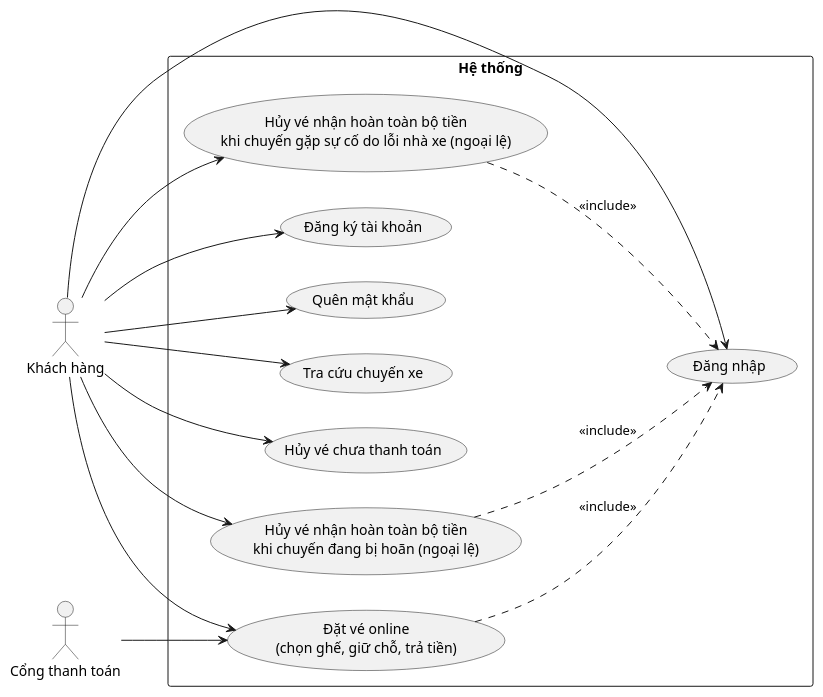
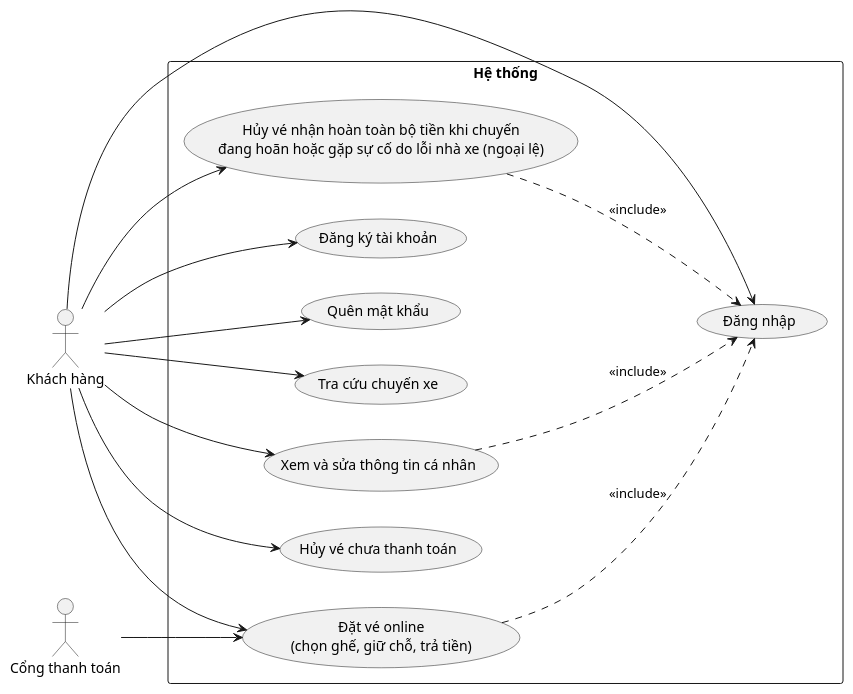
One commit to nguyenvietanhit19/Project1_HeThongQuanLyNhaXeKhachLienTinh changed the first of 53 diagrams in UML_DIAGRAMS.md. Above: the diagram before and after it, drawn with PlantUML. The commit also changed other lines of this file and 316 other files, not shown here.

````diff
--- a/UML_DIAGRAMS.md
+++ b/UML_DIAGRAMS.md
@@ -18,33 +19,33 @@
 ```plantuml
 @startuml UseCase_KhachHang
 left to right direction
 actor "Khách hàng" as KH
 actor "Cổng thanh toán" as CTT
 
 rectangle "Hệ thống" {
   usecase "Đăng ký tài khoản" as UC01
   usecase "Đăng nhập" as UC02
   usecase "Quên mật khẩu" as UC03
   usecase "Tra cứu chuyến xe" as UC04
+  usecase "Xem và sửa thông tin cá nhân" as UC53
   usecase "Đặt vé online\n(chọn ghế, giữ chỗ, trả tiền)" as UC05
   usecase "Hủy vé chưa thanh toán" as UC08
-  usecase "Hủy vé nhận hoàn toàn bộ tiền\nkhi chuyến đang bị hoãn (ngoại lệ)" as UC41
-  usecase "Hủy vé nhận hoàn toàn bộ tiền\nkhi chuyến gặp sự cố do lỗi nhà xe (ngoại lệ)" as UC42
+  usecase "Hủy vé nhận hoàn toàn bộ tiền khi chuyến\nđang hoãn hoặc gặp sự cố do lỗi nhà xe (ngoại lệ)" as UC41
 }
 
 KH --> UC01
 KH --> UC02
 KH --> UC03
 KH --> UC04
+KH --> UC53
 KH --> UC05
 KH --> UC08
 KH --> UC41
-KH --> UC42
 
 CTT --> UC05
 
 UC05 ..> UC02 : <<include>>
 UC41 ..> UC02 : <<include>>
-UC42 ..> UC02 : <<include>>
+UC53 ..> UC02 : <<include>>
 @enduml
 ```
````
